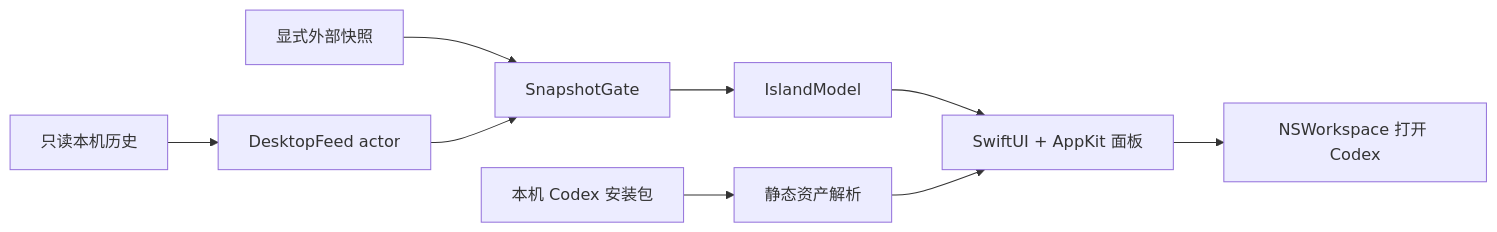
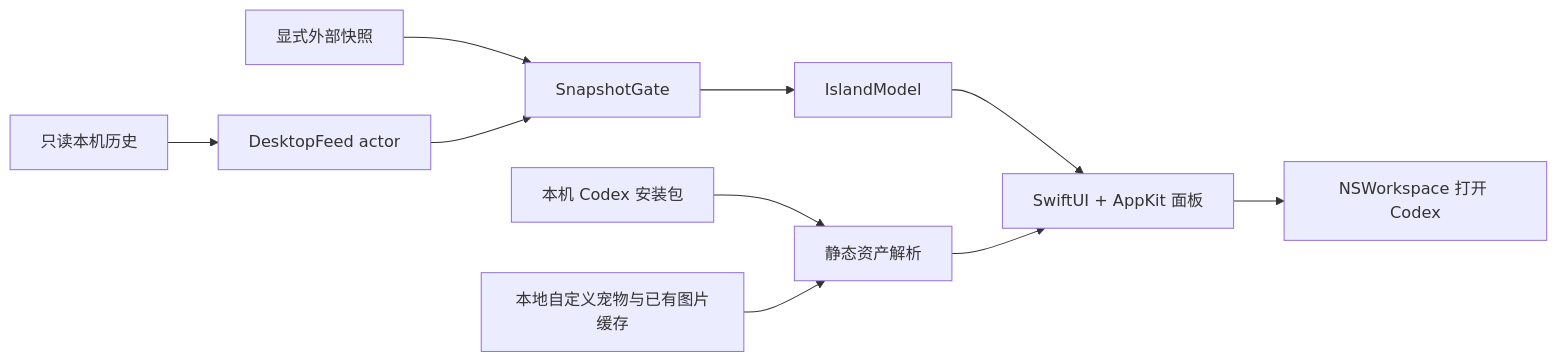
One commit to WaterWaters/codex-island changed the diagram in docs/design.md. Above: the diagram before and after it, drawn with Mermaid. The commit also changed other lines of this file and 51 other files, not shown here.

````diff
--- a/docs/design.md
+++ b/docs/design.md
@@ -17,11 +19,12 @@
 ```mermaid
 flowchart LR
     D[只读本机历史] --> F[DesktopFeed actor]
     E[显式外部快照] --> G[SnapshotGate]
     F --> G
     G --> M[IslandModel]
     M --> V[SwiftUI + AppKit 面板]
     A[本机 Codex 安装包] --> P[静态资产解析]
+    C[本地自定义宠物与已有图片缓存] --> P
     P --> V
     V --> L[NSWorkspace 打开 Codex]
 ```
````
